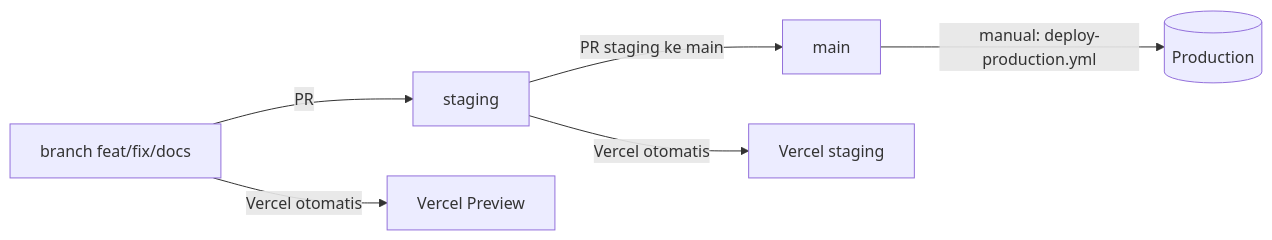
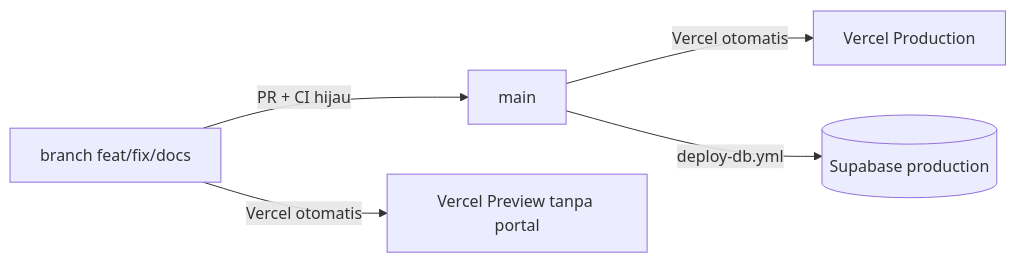
The diagram in docs/ci-cd.md (kisg-project/kisg-web), drawn with Mermaid before and after one commit. The commit also changed other lines of this file and 23 other files, not shown here.

First line of the commit message:
ci: drop staging, Chromium-only E2E per PR, auto deploy from main (#10)

````diff
--- a/docs/ci-cd.md
+++ b/docs/ci-cd.md
@@ -7,8 +7,7 @@
 ```mermaid
 flowchart LR
-  F[branch feat/fix/docs] -->|PR| S[staging]
-  S -->|PR staging ke main| M[main]
-  M -->|manual: deploy-production.yml| P[(Production)]
-  S -->|Vercel otomatis| SV[Vercel staging]
-  F -->|Vercel otomatis| PV[Vercel Preview]
+  F[branch feat/fix/docs] -->|PR + CI hijau| M[main]
+  M -->|Vercel otomatis| P[Vercel Production]
+  M -->|deploy-db.yml| DB[(Supabase production)]
+  F -->|Vercel otomatis| PV[Vercel Preview tanpa portal]
 ```
````
